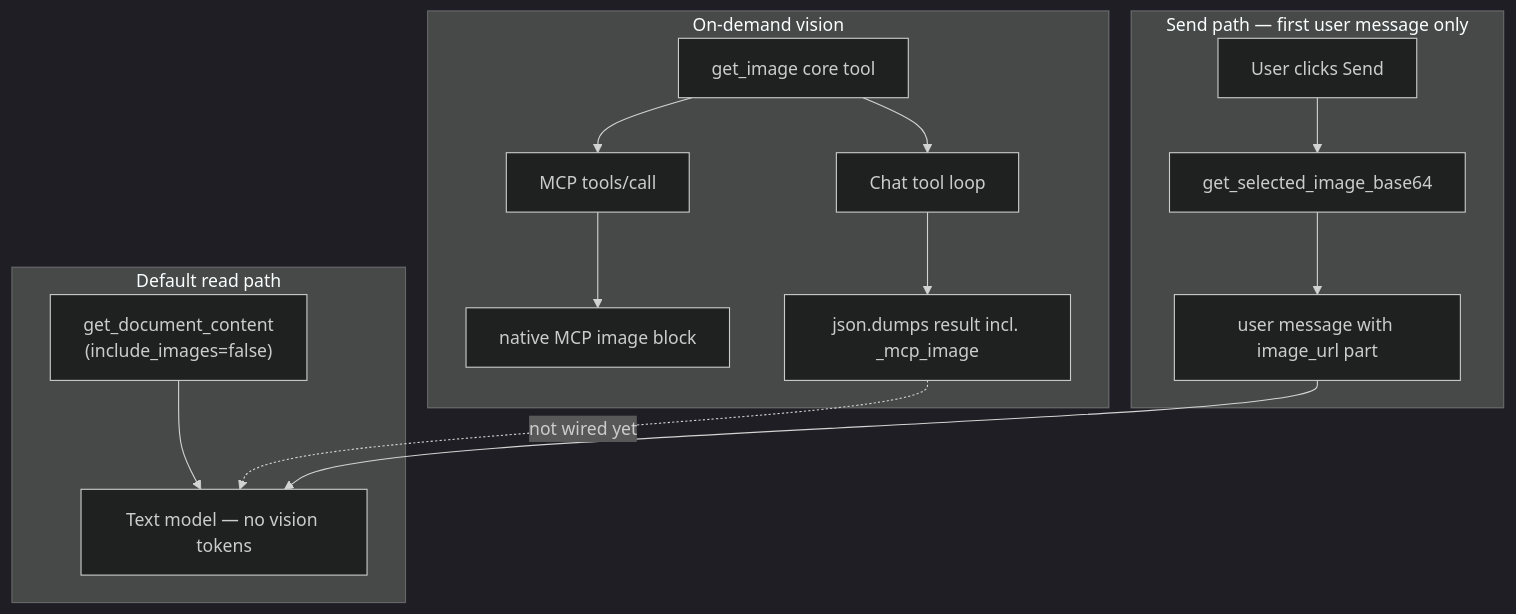
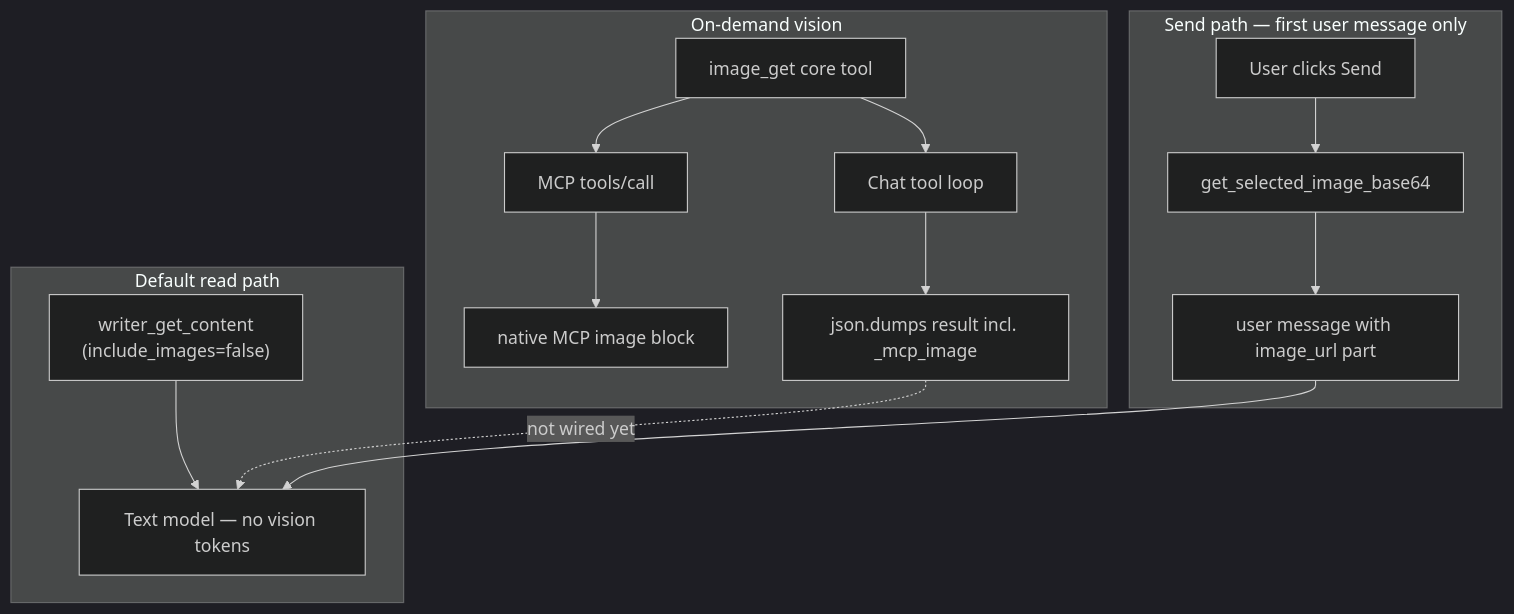
The diagram in docs/images/recognition-multimodal-LLMs.md (KeithCu/writeragent), drawn with Mermaid (dark theme) before and after one commit. The commit also changed other lines of this file and 340 other files, not shown here.

````diff
--- a/docs/images/recognition-multimodal-LLMs.md
+++ b/docs/images/recognition-multimodal-LLMs.md
@@ -15,21 +15,21 @@
 ```mermaid
 flowchart TB
   subgraph lazy [Default read path]
-    GDC["get_document_content<br/>(include_images=false)"]
+    GDC["writer_get_content<br/>(include_images=false)"]
     GDC --> TextModel[Text model — no vision tokens]
   end
   subgraph ondemand [On-demand vision]
-    GI[get_image core tool]
+    GI[image_get core tool]
     GI --> MCP[MCP tools/call]
     MCP --> ImageBlock["native MCP image block"]
     GI --> Chat[Chat tool loop]
     Chat --> JSON["json.dumps result incl. _mcp_image"]
   end
   JSON -.->|"not wired yet"| TextModel
   subgraph send [Send path — first user message only]
     Send[User clicks Send]
     Send --> SelImg["get_selected_image_base64"]
     SelImg --> UserMsg["user message with image_url part"]
     UserMsg --> TextModel
   end
 ```
````
